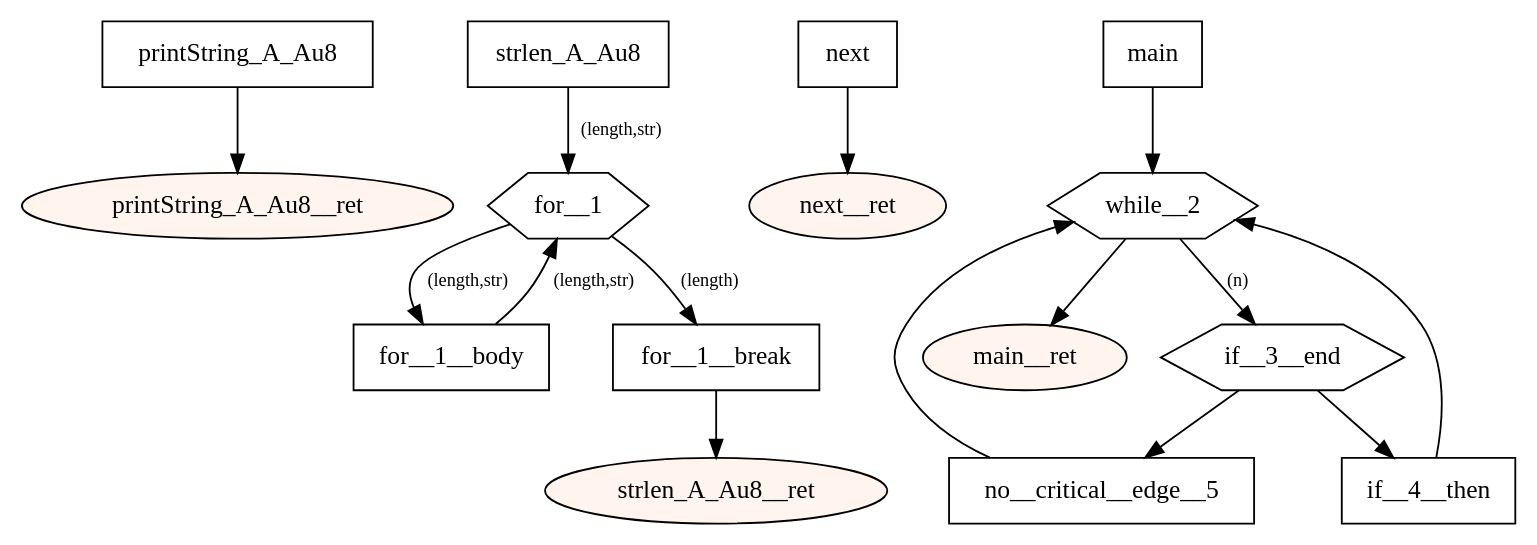
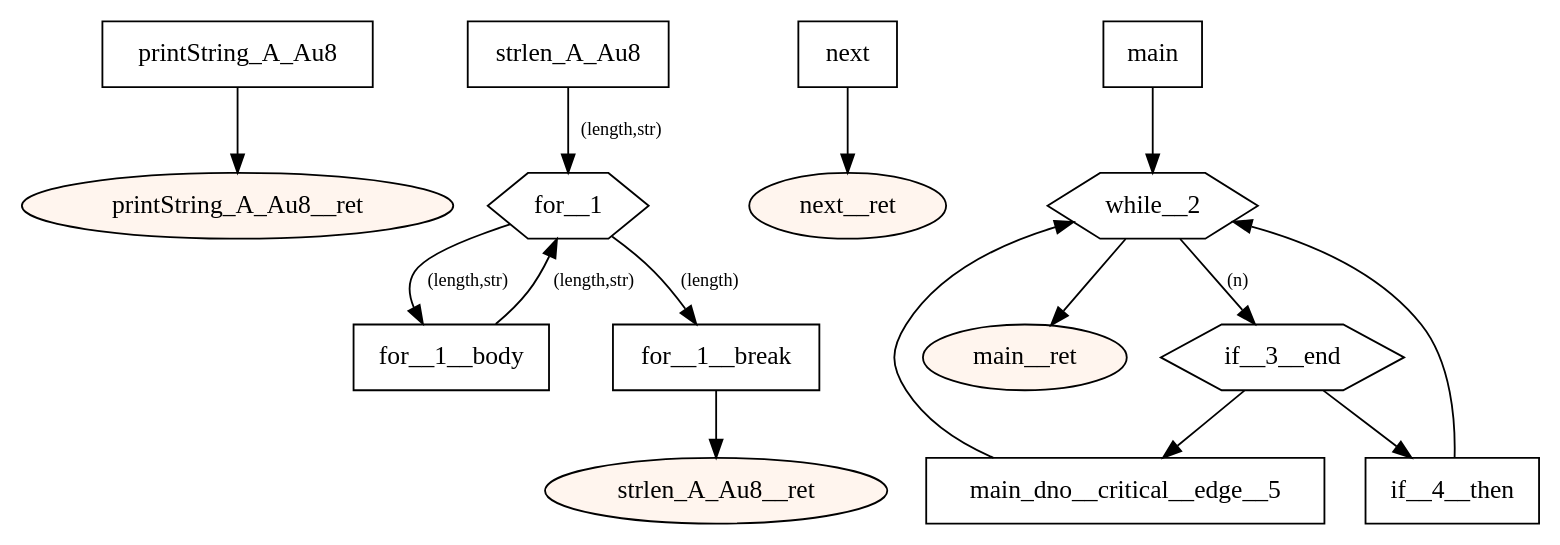
One commit to tmssngr/tinyC changed the diagram in src/main/resources-test/compiler/windows/global vars2.dot. Above: the diagram before and after it, drawn with Graphviz. The commit also changed 41 other files, not shown here.

Commit message:
Cfg: create unique no-critical-edge block name

```diff
--- a/src/main/resources-test/compiler/windows/global vars2.dot
+++ b/src/main/resources-test/compiler/windows/global vars2.dot
@@ -1,40 +1,40 @@
 digraph program {
 	edge[fontsize="10pt"];
 	subgraph fn_printString_A_Au8 {
 		BasicBlock_0_printString_A_Au8 [label="printString_A_Au8",shape=box];
 		BasicBlock_0_printString_A_Au8 -> BasicBlock_0_printString_A_Au8__ret;
 		BasicBlock_0_printString_A_Au8__ret [label="printString_A_Au8__ret",shape=oval,style=filled,fillcolor="#fff5ee"];
 	}
 	subgraph fn_strlen_A_Au8 {
 		BasicBlock_1_strlen_A_Au8 [label="strlen_A_Au8",shape=box];
 		BasicBlock_1_strlen_A_Au8 -> BasicBlock_1_for__1 [label="(length,str)"];
 		BasicBlock_1_for__1__body [label="for__1__body",shape=box];
 		BasicBlock_1_for__1__body -> BasicBlock_1_for__1 [label="(length,str)"];
 		BasicBlock_1_for__1 [label="for__1",shape=hexagon];
 		BasicBlock_1_for__1 -> BasicBlock_1_for__1__break [label="(length)"];
 		BasicBlock_1_for__1 -> BasicBlock_1_for__1__body [label="(length,str)"];
 		BasicBlock_1_for__1__break [label="for__1__break",shape=box];
 		BasicBlock_1_for__1__break -> BasicBlock_1_strlen_A_Au8__ret;
 		BasicBlock_1_strlen_A_Au8__ret [label="strlen_A_Au8__ret",shape=oval,style=filled,fillcolor="#fff5ee"];
 	}
 	subgraph fn_next {
 		BasicBlock_2_next [label="next",shape=box];
 		BasicBlock_2_next -> BasicBlock_2_next__ret;
 		BasicBlock_2_next__ret [label="next__ret",shape=oval,style=filled,fillcolor="#fff5ee"];
 	}
 	subgraph fn_main {
 		BasicBlock_3_main [label="main",shape=box];
 		BasicBlock_3_main -> BasicBlock_3_while__2;
 		BasicBlock_3_if__3__end [label="if__3__end",shape=hexagon];
-		BasicBlock_3_if__3__end -> BasicBlock_3_no__critical__edge__5;
+		BasicBlock_3_if__3__end -> BasicBlock_3_main_dno__critical__edge__5;
 		BasicBlock_3_if__3__end -> BasicBlock_3_if__4__then;
-		BasicBlock_3_no__critical__edge__5 [label="no__critical__edge__5",shape=box];
-		BasicBlock_3_no__critical__edge__5 -> BasicBlock_3_while__2;
+		BasicBlock_3_main_dno__critical__edge__5 [label="main_dno__critical__edge__5",shape=box];
+		BasicBlock_3_main_dno__critical__edge__5 -> BasicBlock_3_while__2;
 		BasicBlock_3_if__4__then [label="if__4__then",shape=box];
 		BasicBlock_3_if__4__then -> BasicBlock_3_while__2;
 		BasicBlock_3_while__2 [label="while__2",shape=hexagon];
 		BasicBlock_3_while__2 -> BasicBlock_3_main__ret;
 		BasicBlock_3_while__2 -> BasicBlock_3_if__3__end [label="(n)"];
 		BasicBlock_3_main__ret [label="main__ret",shape=oval,style=filled,fillcolor="#fff5ee"];
 	}
 }
```
